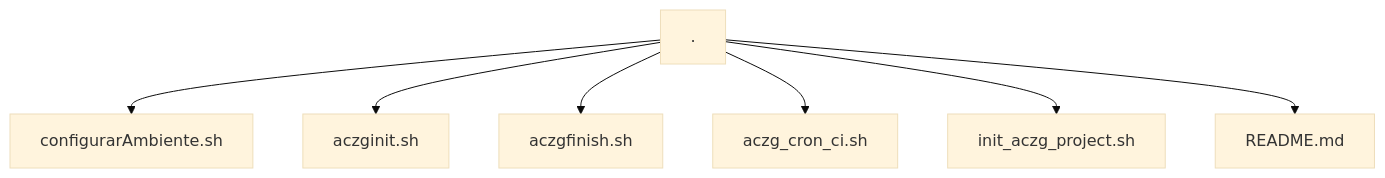
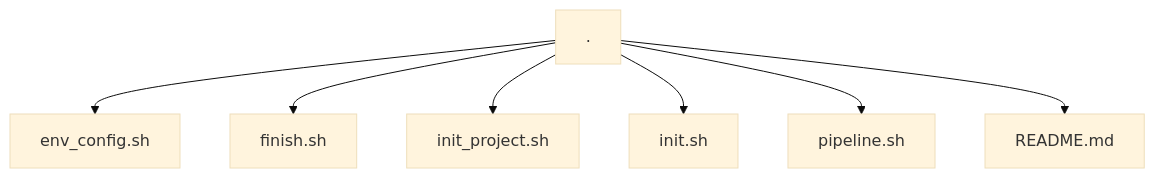
One commit to tithalss/LinuxS changed the diagram in README.md. Above: the diagram before and after it, drawn with Mermaid (base theme).

Commit message:
Pequena correcao no readme - 09/10

````diff
--- a/README.md
+++ b/README.md
@@ -68,9 +68,9 @@
 ```mermaid
 graph TD;
-    A[.] --> B[configurarAmbiente.sh]
-    A --> C[aczginit.sh]
-    A --> D[aczgfinish.sh]
-    A --> E[aczg_cron_ci.sh]
-    A --> F[init_aczg_project.sh]
+    A[.] --> B[env_config.sh]
+    A --> C[finish.sh]
+    A --> D[init_project.sh]
+    A --> E[init.sh]
+    A --> F[pipeline.sh]
     A --> G[README.md]
 ```
````
